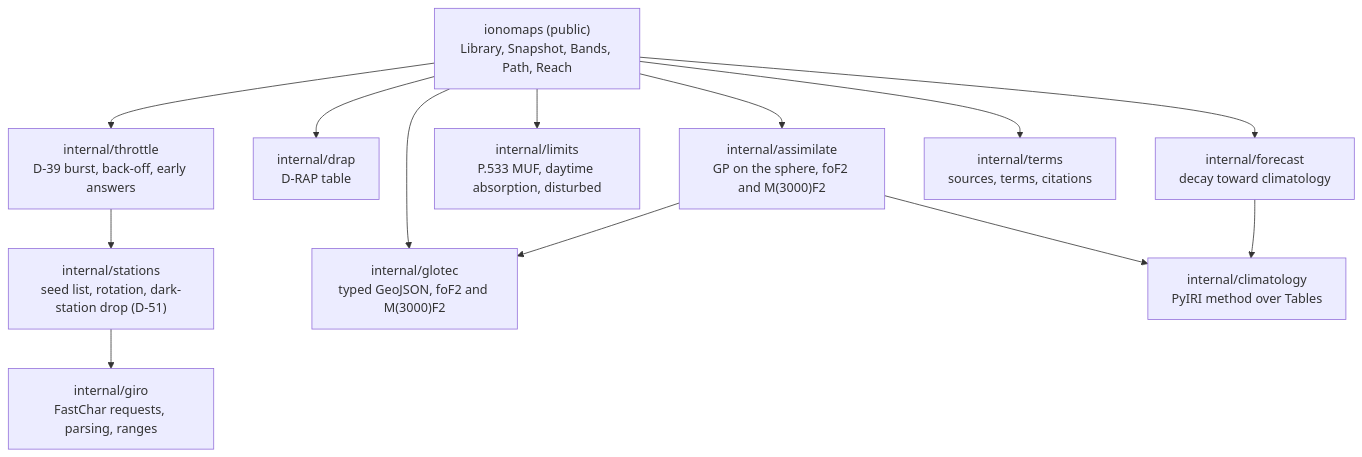
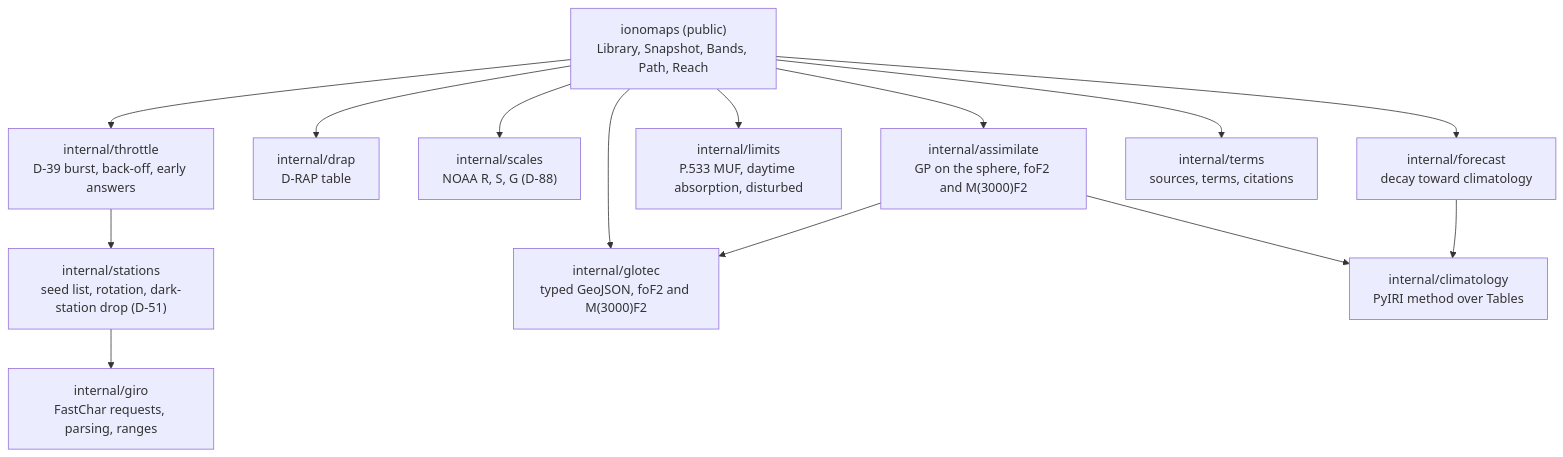
One commit to branden-thompson/go-giro-data changed the diagram in 06_docs/02_features/go-ionomaps/03-architecture-design/design.md. Above: the diagram before and after it, drawn with Mermaid. The commit also changed other lines of this file and 4 other files, not shown here.

Commit message:
PLAN: D-26 restates watchpost D-88 (NOAA's space-weather scales, named not modelled); R-2.10, G2.5, the design and NOTICE follow

````diff
--- a/06_docs/02_features/go-ionomaps/03-architecture-design/design.md
+++ b/06_docs/02_features/go-ionomaps/03-architecture-design/design.md
@@ -19,23 +19,25 @@
 ```mermaid
 flowchart TB
   API["ionomaps (public)<br/>Library, Snapshot, Bands, Path, Reach"]
   THR["internal/throttle<br/>D-39 burst, back-off, early answers"]
   ST["internal/stations<br/>seed list, rotation, dark-station drop (D-51)"]
   GIRO["internal/giro<br/>FastChar requests, parsing, ranges"]
   GT["internal/glotec<br/>typed GeoJSON, foF2 and M(3000)F2"]
   DR["internal/drap<br/>D-RAP table"]
+  SC["internal/scales<br/>NOAA R, S, G (D-88)"]
   CL["internal/climatology<br/>PyIRI method over Tables"]
   AS["internal/assimilate<br/>GP on the sphere, foF2 and M(3000)F2"]
   LIM["internal/limits<br/>P.533 MUF, daytime absorption, disturbed"]
   FC["internal/forecast<br/>decay toward climatology"]
   TM["internal/terms<br/>sources, terms, citations"]
   API --> THR --> ST --> GIRO
   API --> GT
   API --> DR
+  API --> SC
   API --> AS
   AS --> GT
   AS --> CL
   API --> LIM
   API --> FC --> CL
   API --> TM
 ```
````
